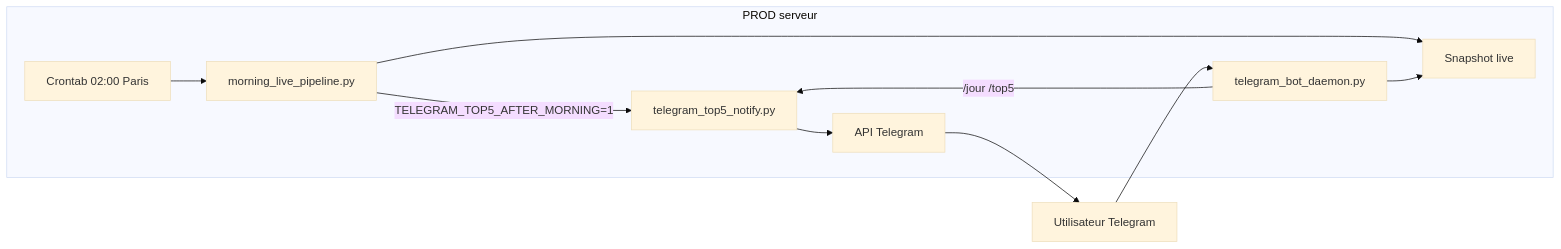
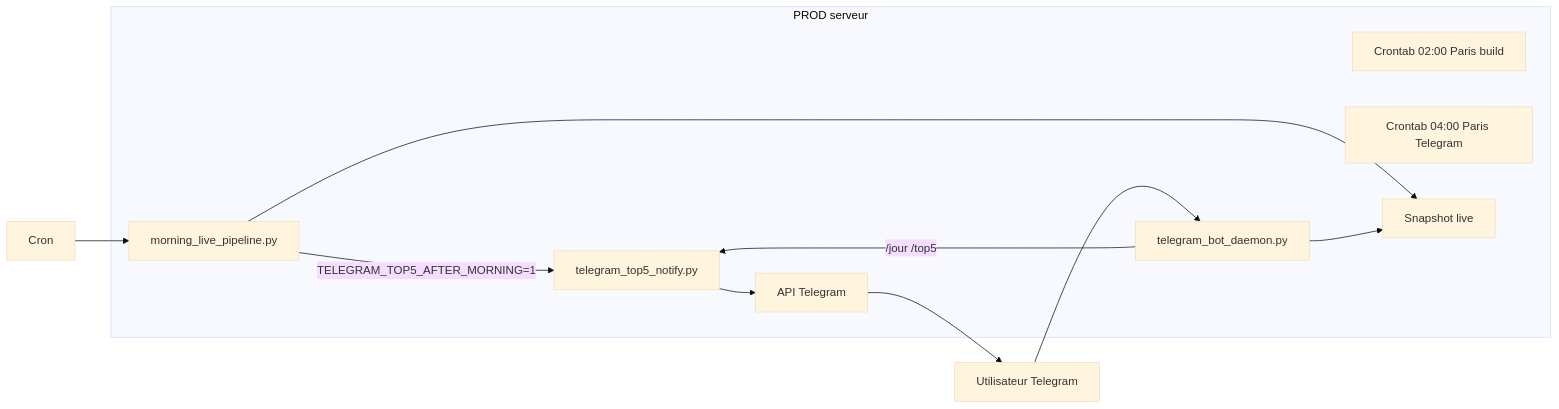
One commit to Miou-ux/BettingHUD changed the diagram in docs/TELEGRAM_TOP5.md. Above: the diagram before and after it, drawn with Mermaid (base theme). The commit also changed other lines of this file and 69 other files, not shown here.

````diff
--- a/docs/TELEGRAM_TOP5.md
+++ b/docs/TELEGRAM_TOP5.md
@@ -22,19 +24,20 @@
 ```mermaid
 flowchart LR
   subgraph prod [PROD serveur]
-    Cron[Crontab 02:00 Paris]
+    Cron2[Crontab 02:00 Paris build]
+    Cron4[Crontab 04:00 Paris Telegram]
     Pipe[morning_live_pipeline.py]
     Snap[Snapshot live]
     T5[telegram_top5_notify.py]
     Daemon[telegram_bot_daemon.py]
     TG[API Telegram]
   end
   Cron --> Pipe
   Pipe --> Snap
   Pipe -->|TELEGRAM_TOP5_AFTER_MORNING=1| T5
   Daemon -->|/jour /top5| T5
   Daemon --> Snap
   T5 --> TG
   User[Utilisateur Telegram] --> Daemon
   TG --> User
 ```
````
